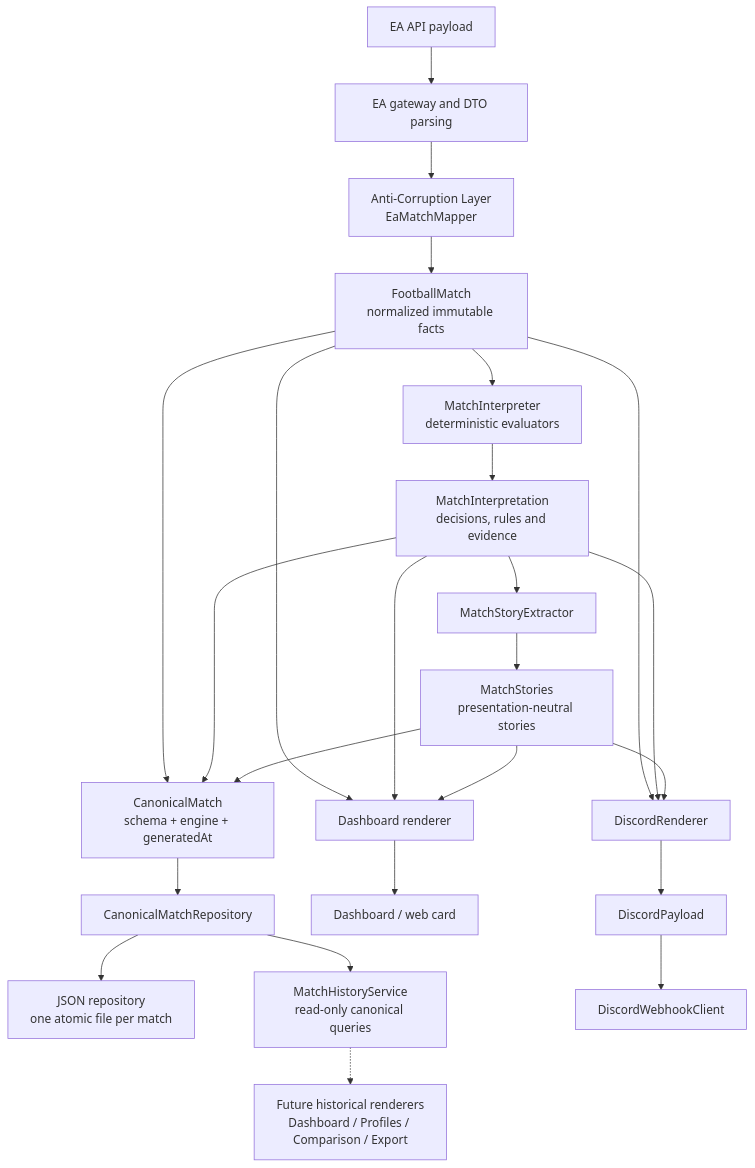
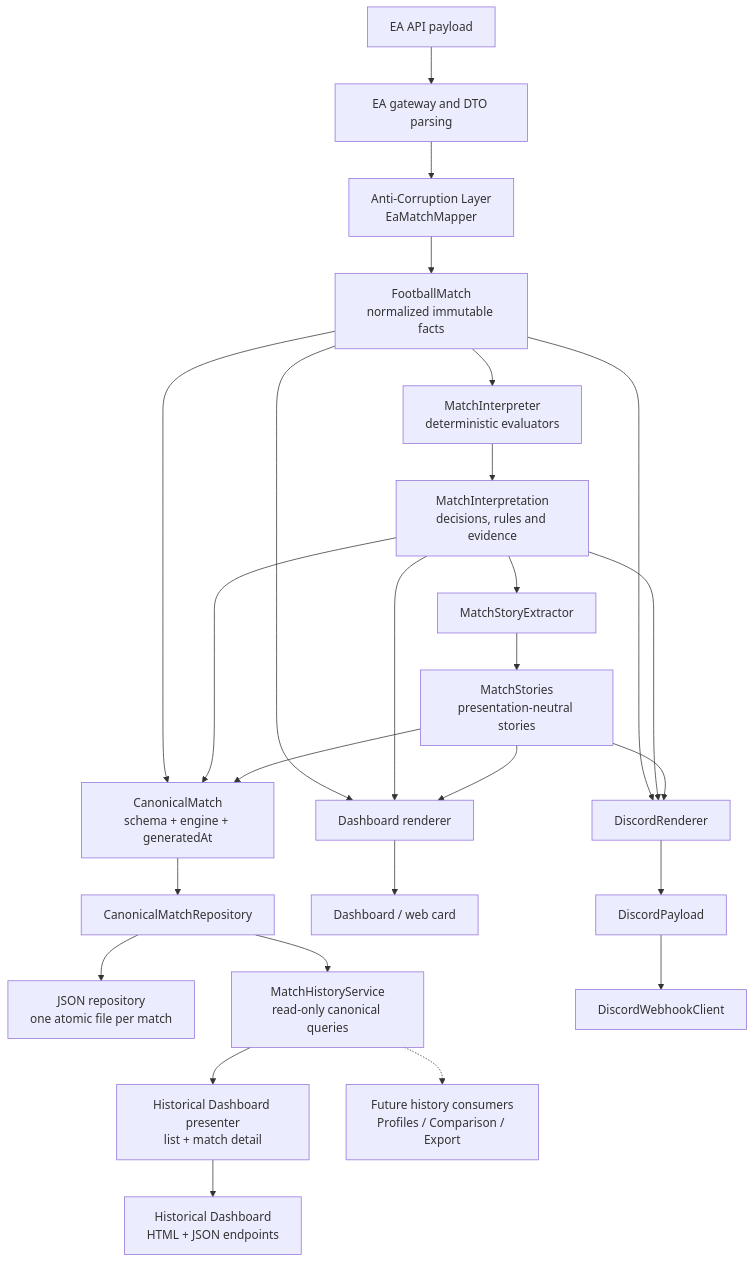
The diagram in docs/architecture.md (douglas-borba/eafc26-discord-stats), drawn with Mermaid before and after one commit. The commit also changed other lines of this file and 6 other files, not shown here.

Commit message:
feat: add historical match dashboard

````diff
--- a/docs/architecture.md
+++ b/docs/architecture.md
@@ -13,26 +13,28 @@
 ```mermaid
 flowchart TD
     EA["EA API payload"] --> GW["EA gateway and DTO parsing"]
     GW --> ACL["Anti-Corruption Layer<br/>EaMatchMapper"]
     ACL --> FM["FootballMatch<br/>normalized immutable facts"]
     FM --> MI["MatchInterpreter<br/>deterministic evaluators"]
     MI --> INT["MatchInterpretation<br/>decisions, rules and evidence"]
     INT --> SE["MatchStoryExtractor"]
     SE --> MS["MatchStories<br/>presentation-neutral stories"]
     FM --> CM["CanonicalMatch<br/>schema + engine + generatedAt"]
     INT --> CM
     MS --> CM
     CM --> PORT["CanonicalMatchRepository"]
     PORT --> JSON["JSON repository<br/>one atomic file per match"]
     PORT --> HIST["MatchHistoryService<br/>read-only canonical queries"]
-    HIST -.-> FUTURE["Future historical renderers<br/>Dashboard / Profiles / Comparison / Export"]
+    HIST --> HDASH["Historical Dashboard presenter<br/>list + match detail"]
+    HDASH --> HWEB["Historical Dashboard<br/>HTML + JSON endpoints"]
+    HIST -.-> FUTURE["Future history consumers<br/>Profiles / Comparison / Export"]
     FM --> DASH["Dashboard renderer"]
     INT --> DASH
     MS --> DASH
     FM --> DISC["DiscordRenderer"]
     INT --> DISC
     MS --> DISC
     DASH --> WEB["Dashboard / web card"]
     DISC --> PAYLOAD["DiscordPayload"]
     PAYLOAD --> HOOK["DiscordWebhookClient"]
 ```
````
